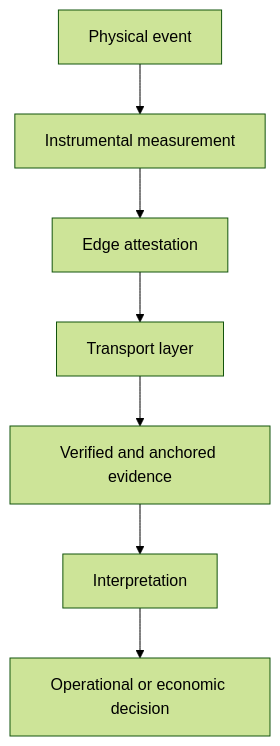
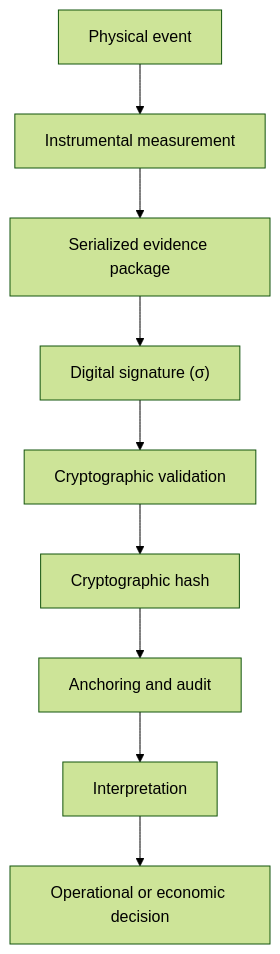
Before and after one commit to powvprotocol-org/Ip-and-trade-secrets: the first of 2 diagrams in powvprotocol-org/powv-protocol-docs/powv-protocol-documentation/untitled/README.md, drawn with Mermaid (forest theme). The commit also changed other lines of this file, not shown here.

Commit message:
GITBOOK-24: Define canonical evidence-chain notation

````diff
--- a/powvprotocol-org/powv-protocol-docs/powv-protocol-documentation/untitled/README.md
+++ b/powvprotocol-org/powv-protocol-docs/powv-protocol-documentation/untitled/README.md
@@ -37,9 +37,11 @@
 ```mermaid
 flowchart TB
     E["Physical event"] --> M["Instrumental measurement"]
-    M --> A["Edge attestation"]
-    A --> T["Transport layer"]
-    T --> L["Verified and anchored evidence"]
-    L --> I["Interpretation"]
+    M --> P["Serialized evidence package"]
+    P --> S["Digital signature (σ)"]
+    S --> V["Cryptographic validation"]
+    V --> H["Cryptographic hash"]
+    H --> A["Anchoring and audit"]
+    A --> I["Interpretation"]
     I --> D["Operational or economic decision"]
 ```
````
